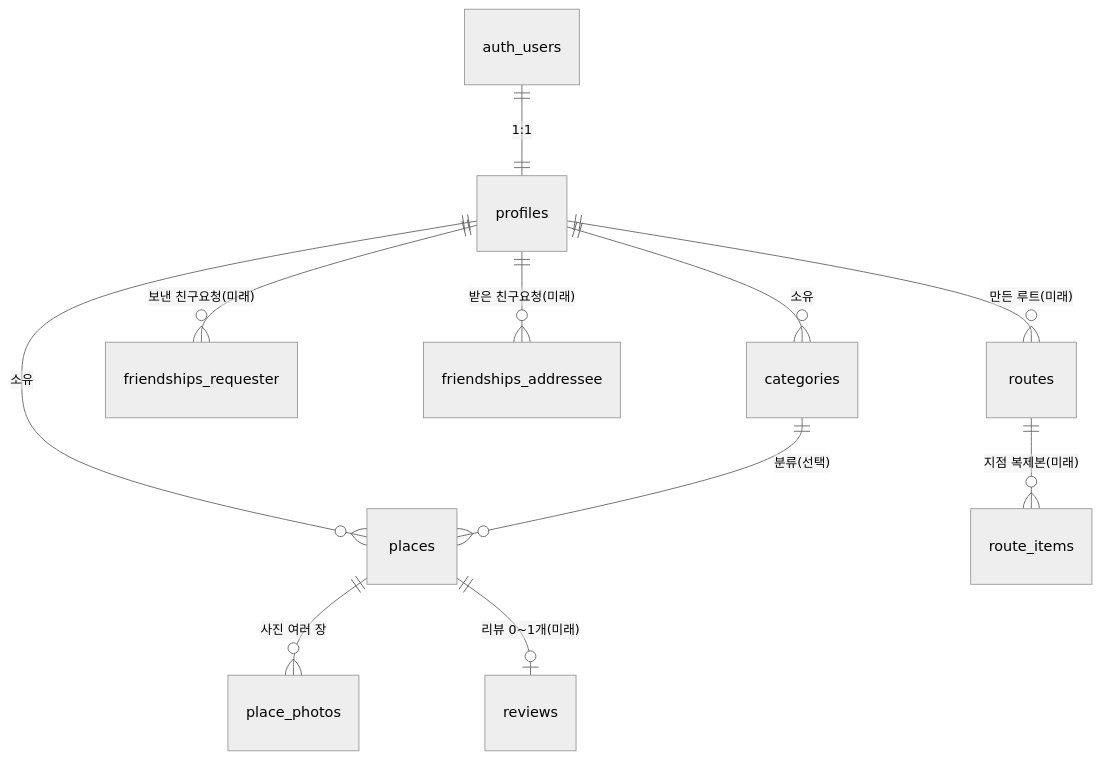
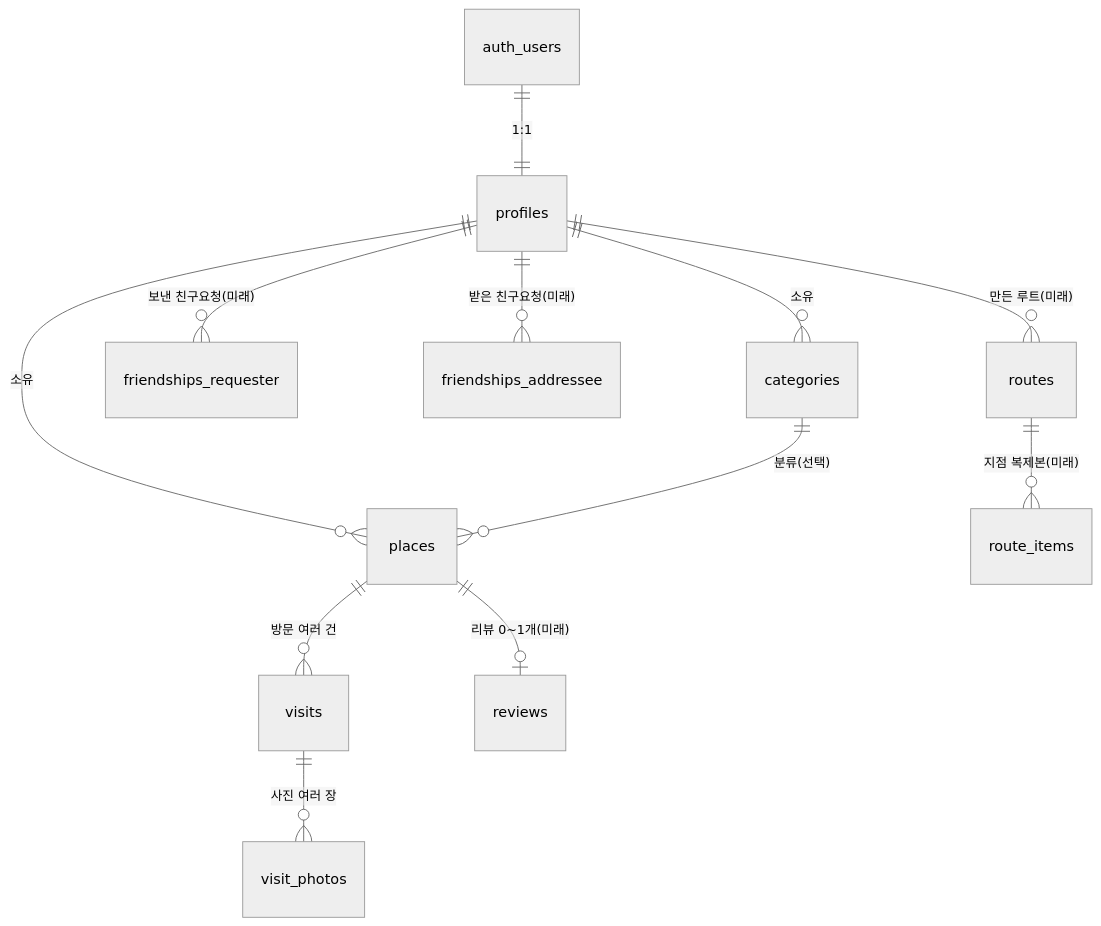
Before and after one commit to aisystemdh/memory-map: the diagram in docs/schema-plan.md, drawn with Mermaid (neutral theme). The commit also changed other lines of this file and 2 other files, not shown here.

Commit message:
docs: align CLAUDE.md and schema-plan.md with actual visits-based schema

````diff
--- a/docs/schema-plan.md
+++ b/docs/schema-plan.md
@@ -184,13 +234,14 @@
 ```mermaid
 erDiagram
   auth_users ||--|| profiles : "1:1"
   profiles ||--o{ categories : "소유"
   profiles ||--o{ places : "소유"
   categories ||--o{ places : "분류(선택)"
-  places ||--o{ place_photos : "사진 여러 장"
+  places ||--o{ visits : "방문 여러 건"
+  visits ||--o{ visit_photos : "사진 여러 장"
   profiles ||--o{ friendships_requester : "보낸 친구요청(미래)"
   profiles ||--o{ friendships_addressee : "받은 친구요청(미래)"
   profiles ||--o{ routes : "만든 루트(미래)"
   routes ||--o{ route_items : "지점 복제본(미래)"
   places ||--o| reviews : "리뷰 0~1개(미래)"
 ```
````
